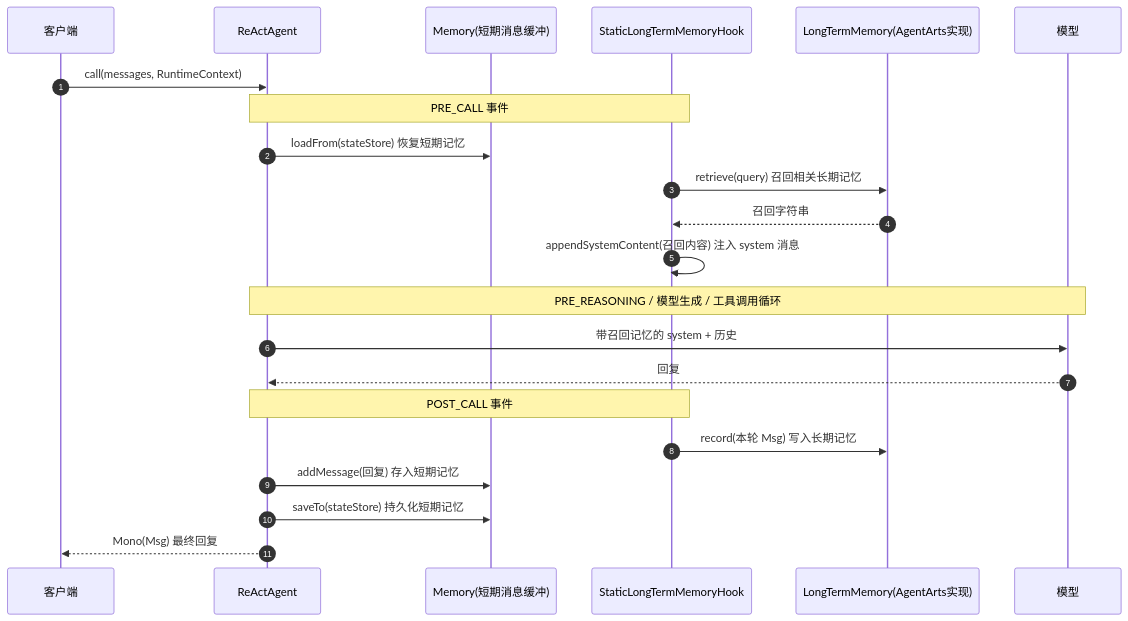
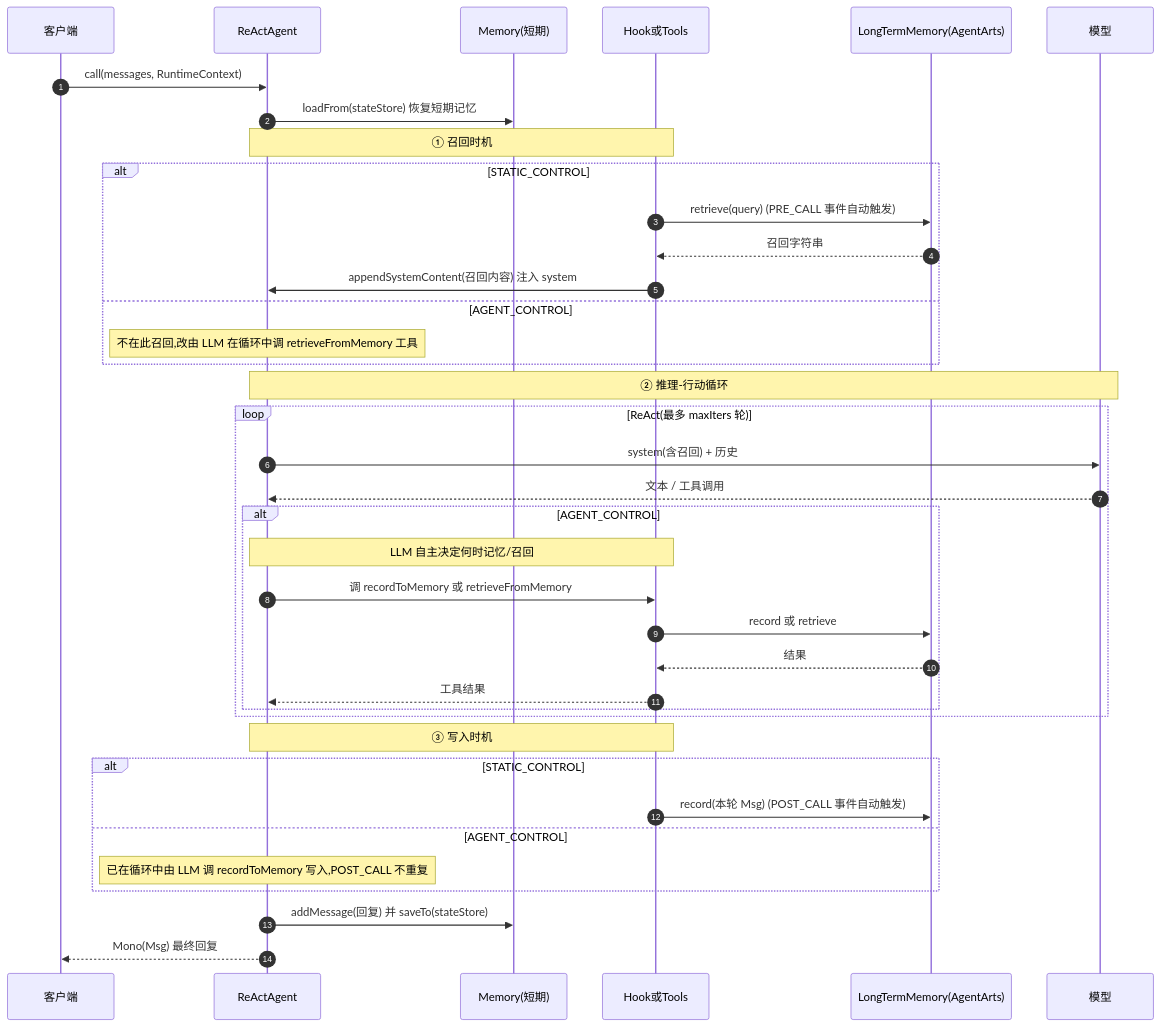
One commit to gaotong132/agentarts-sdk-java changed the first of 3 diagrams in docs/cn/sdk_user_guide/agentscope_memory_integration_guide.md. Above: the diagram before and after it, drawn with Mermaid. The commit also changed other lines of this file, not shown here.

Commit message:
docs(integration-agentscope): mark STATIC vs AGENT_CONTROL difference in workflow diagram
一次调用工作流时序图用 alt/else 在 ①召回 ②循环 ③写入 三个时机点标出两种模式差异:
STATIC_CONTROL 在 PRE/POST_CALL 事件点自动 record/retrieve;
AGENT_CONTROL 由 LLM 在推理循环中自主调用 LongTermMemoryTools. 补两模式区别说明.

````diff
--- a/docs/cn/sdk_user_guide/agentscope_memory_integration_guide.md
+++ b/docs/cn/sdk_user_guide/agentscope_memory_integration_guide.md
@@ -111,29 +111,45 @@
 ```mermaid
 sequenceDiagram
     autonumber
     participant C as 客户端
     participant A as ReActAgent
-    participant M as Memory(短期消息缓冲)
-    participant H as StaticLongTermMemoryHook
-    participant L as LongTermMemory(AgentArts实现)
+    participant M as Memory(短期)
+    participant H as Hook或Tools
+    participant L as LongTermMemory(AgentArts)
     participant MM as 模型
 
     C->>A: call(messages, RuntimeContext)
+    A->>M: loadFrom(stateStore) 恢复短期记忆
 
-    Note over A,H: PRE_CALL 事件
-    A->>M: loadFrom(stateStore) 恢复短期记忆
-    H->>L: retrieve(query) 召回相关长期记忆
-    L-->>H: 召回字符串
-    H->>H: appendSystemContent(召回内容) 注入 system 消息
+    Note over A,H: ① 召回时机
+    alt STATIC_CONTROL
+        H->>L: retrieve(query) (PRE_CALL 事件自动触发)
+        L-->>H: 召回字符串
+        H->>A: appendSystemContent(召回内容) 注入 system
+    else AGENT_CONTROL
+        Note over A: 不在此召回,改由 LLM 在循环中调 retrieveFromMemory 工具
+    end
 
-    Note over A,MM: PRE_REASONING / 模型生成 / 工具调用循环
-    A->>MM: 带召回记忆的 system + 历史
-    MM-->>A: 回复
+    Note over A,MM: ② 推理-行动循环
+    loop ReAct(最多 maxIters 轮)
+        A->>MM: system(含召回) + 历史
+        MM-->>A: 文本 / 工具调用
+        alt AGENT_CONTROL
+            Note over A,H: LLM 自主决定何时记忆/召回
+            A->>H: 调 recordToMemory 或 retrieveFromMemory
+            H->>L: record 或 retrieve
+            L-->>H: 结果
+            H-->>A: 工具结果
+        end
+    end
 
-    Note over A,H: POST_CALL 事件
-    H->>L: record(本轮 Msg) 写入长期记忆
-    A->>M: addMessage(回复) 存入短期记忆
-    A->>M: saveTo(stateStore) 持久化短期记忆
+    Note over A,H: ③ 写入时机
+    alt STATIC_CONTROL
+        H->>L: record(本轮 Msg) (POST_CALL 事件自动触发)
+    else AGENT_CONTROL
+        Note over A: 已在循环中由 LLM 调 recordToMemory 写入,POST_CALL 不重复
+    end
 
+    A->>M: addMessage(回复) 并 saveTo(stateStore)
     A-->>C: Mono(Msg) 最终回复
 ```
````
